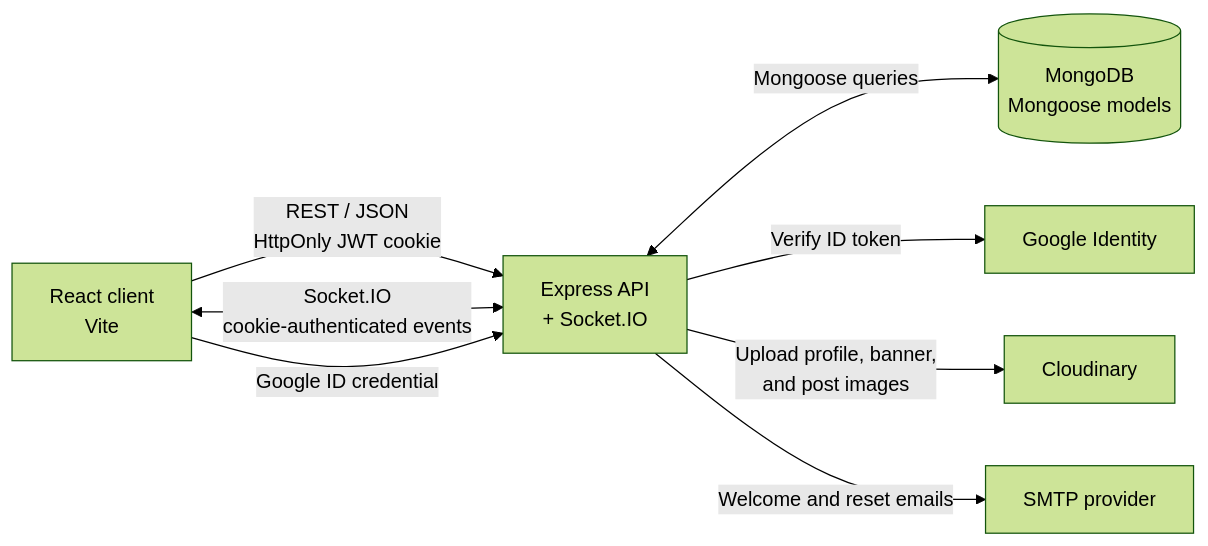
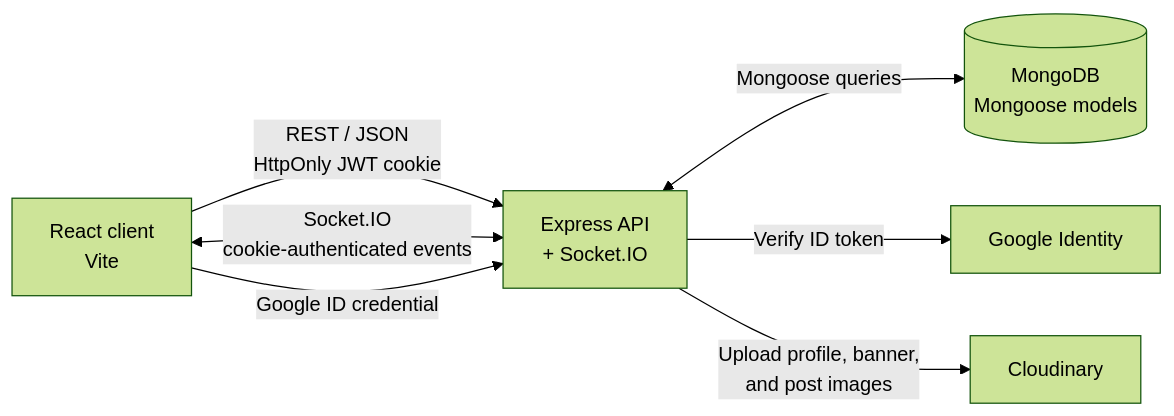
One commit to chetu300/ProConnect changed the diagram in README.md. Above: the diagram before and after it, drawn with Mermaid (forest theme). The commit also changed other lines of this file and 12 other files, not shown here.

````diff
--- a/README.md
+++ b/README.md
@@ -38,17 +37,14 @@
 ```mermaid
 flowchart LR
     Browser["React client<br/>Vite"]
     API["Express API<br/>+ Socket.IO"]
     DB[("MongoDB<br/>Mongoose models")]
     Google["Google Identity"]
     Cloudinary["Cloudinary"]
-    SMTP["SMTP provider"]
-
     Browser -->|"REST / JSON<br/>HttpOnly JWT cookie"| API
     Browser <-->|"Socket.IO<br/>cookie-authenticated events"| API
     API <-->|"Mongoose queries"| DB
     Browser -->|"Google ID credential"| API
     API -->|"Verify ID token"| Google
     API -->|"Upload profile, banner,<br/>and post images"| Cloudinary
-    API -->|"Welcome and reset emails"| SMTP
 ```
````
